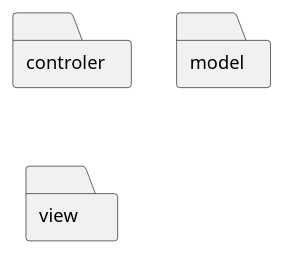
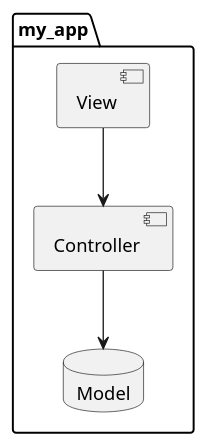
One commit to tavenel/website changed the first of 2 diagrams in src/pages/cours/archi/hexagonal.md. Above: the diagram before and after it, drawn with PlantUML. The commit also changed other lines of this file and 22 other files, not shown here.

Commit message:
astro: plantuml and cleanup all diagrams

````diff
--- a/src/pages/cours/archi/hexagonal.md
+++ b/src/pages/cours/archi/hexagonal.md
@@ -36,7 +36,14 @@
 ```plantuml
 @startuml
-folder controler
-folder model
-folder view
+
+folder my_app {
+  component View
+  component Controller
+  database Model
+  
+  View --> Controller
+  Controller --> Model
+}
+
 @enduml
 ```
````
